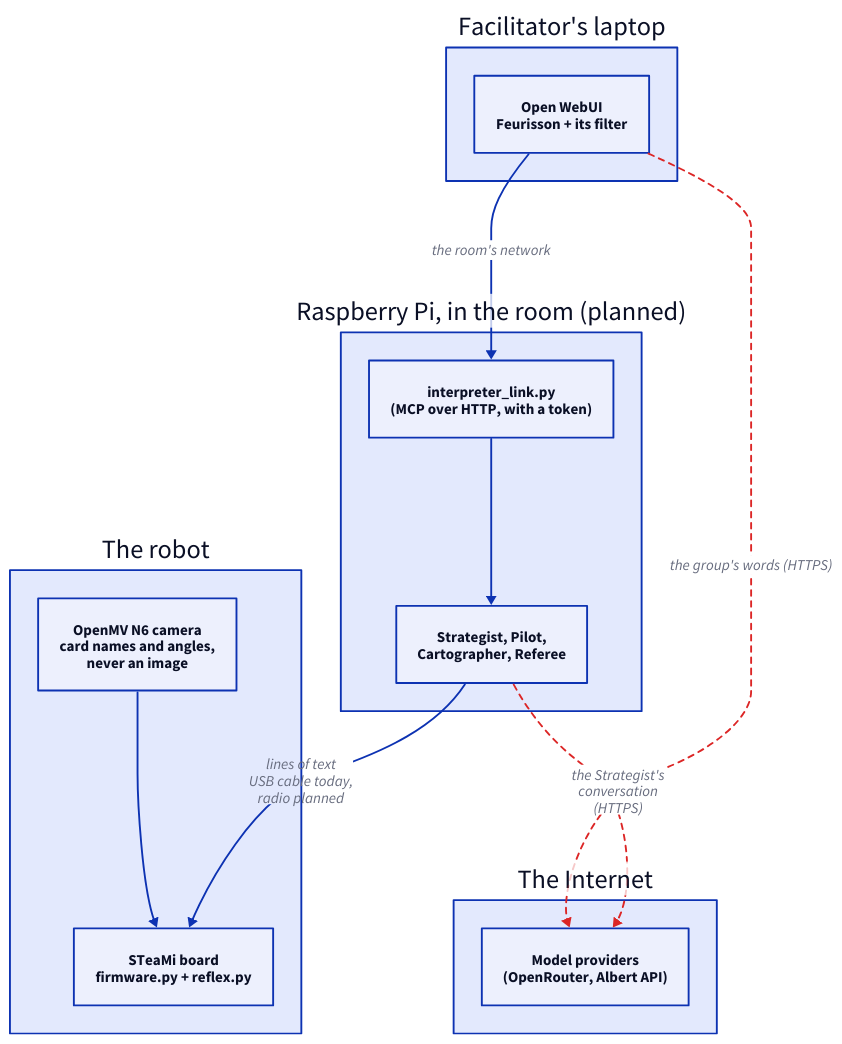
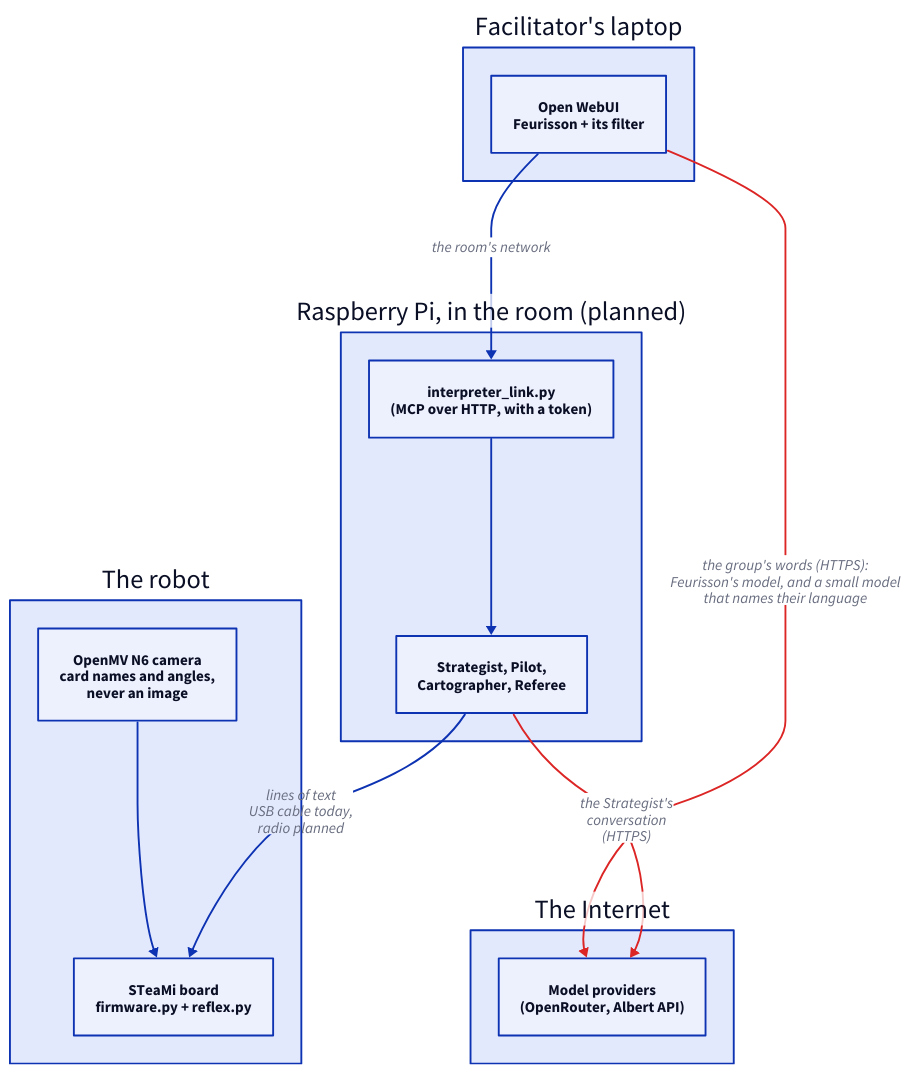
The diagram in images/12-deployment-planned.d2 (Youth-AI-Lab/yal-robot-guide), drawn with D2 before and after one commit. The commit also changed 21 other files, not shown here.

```diff
--- a/images/12-deployment-planned.d2
+++ b/images/12-deployment-planned.d2
@@ -1,32 +1,32 @@
 # 12. Where each program will run in a session (planned: only the simulator has run).
 
 direction: down
 
 laptop: "Facilitator's laptop" {
   class: zone-laptop
   feurisson: "Open WebUI\nFeurisson + its filter" {class: planned}
 }
 
 pi: "Raspberry Pi, in the room (planned)" {
   class: zone-pi
   mcp: "interpreter_link.py\n(MCP over HTTP, with a token)" {class: planned}
   stack: "Strategist, Pilot,\nCartographer, Referee" {class: planned}
   mcp -> stack
 }
 
 robot: "The robot" {
   class: zone-robot
   board: "STeaMi board\nfirmware.py + reflex.py" {class: planned}
   camera: "OpenMV N6 camera\ncard names and angles,\nnever an image" {class: planned}
   camera -> board
 }
 
 internet: "The Internet" {
   class: zone-internet
   provider: "Model providers\n(OpenRouter, Albert API)" {class: part}
 }
 
 laptop.feurisson -> pi.mcp: "the room's network"
 pi.stack -> robot.board: "lines of text\nUSB cable today,\nradio planned"
-laptop.feurisson -> internet.provider: "the group's words (HTTPS)" {style: {stroke: "#dc2626"; stroke-dash: 3}}
-pi.stack -> internet.provider: "the Strategist's\nconversation\n(HTTPS)" {style: {stroke: "#dc2626"; stroke-dash: 3}}
+laptop.feurisson -> internet.provider: "the group's words (HTTPS):\nFeurisson's model, and a small model\nthat names their language" {style.stroke: "#dc2626"}
+pi.stack -> internet.provider: "the Strategist's\nconversation\n(HTTPS)" {style.stroke: "#dc2626"}
```
